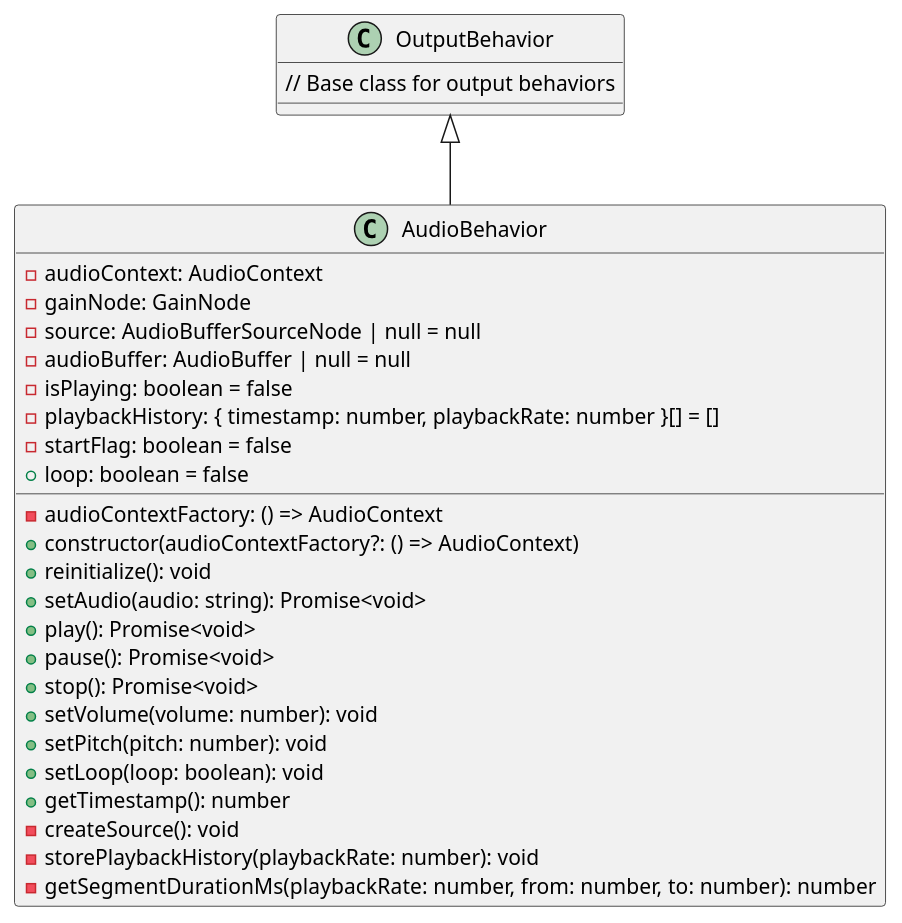
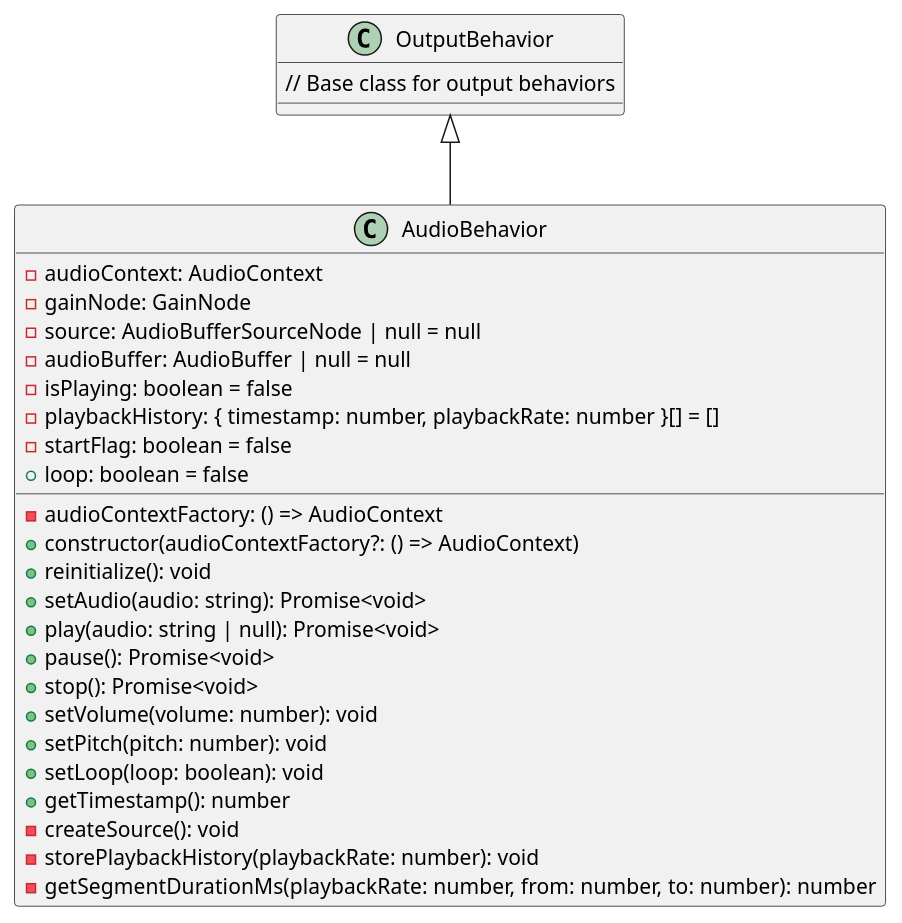
Before and after one commit to CPNV-ES/game-engine: the diagram in doc/extensions/audio-engine/class-diagram.puml, drawn with PlantUML.

Commit message:
docs: play method updated in uml

```diff
--- a/doc/extensions/audio-engine/class-diagram.puml
+++ b/doc/extensions/audio-engine/class-diagram.puml
@@ -1,36 +1,36 @@
 @startuml 
 
 
 class OutputBehavior {
   // Base class for output behaviors
 }
 
 class AudioBehavior {
   - audioContextFactory: () => AudioContext
   - audioContext: AudioContext
   - gainNode: GainNode
   - source: AudioBufferSourceNode | null = null
   - audioBuffer: AudioBuffer | null = null
   - isPlaying: boolean = false
   - playbackHistory: { timestamp: number, playbackRate: number }[] = []
   - startFlag: boolean = false
   + loop: boolean = false
 
   + constructor(audioContextFactory?: () => AudioContext)
   + reinitialize(): void
   + setAudio(audio: string): Promise<void>
-  + play(): Promise<void>
+  + play(audio: string | null): Promise<void>
   + pause(): Promise<void>
   + stop(): Promise<void>
   + setVolume(volume: number): void
   + setPitch(pitch: number): void
   + setLoop(loop: boolean): void
   + getTimestamp(): number
   - createSource(): void
   - storePlaybackHistory(playbackRate: number): void
   - getSegmentDurationMs(playbackRate: number, from: number, to: number): number
 }
 
 AudioBehavior -up-|> OutputBehavior
 
 @enduml
```
